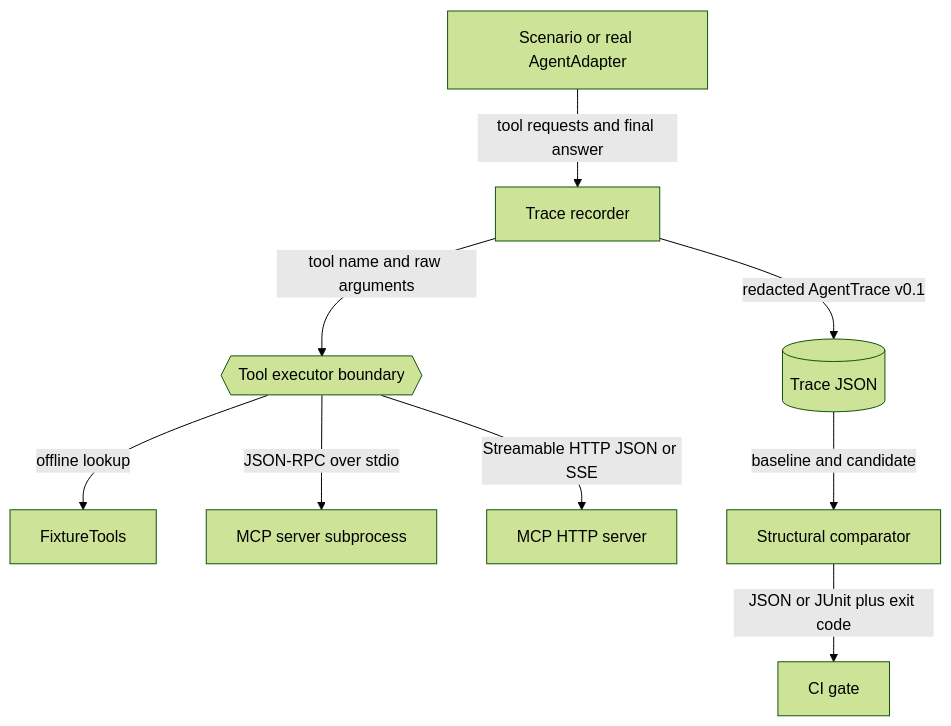
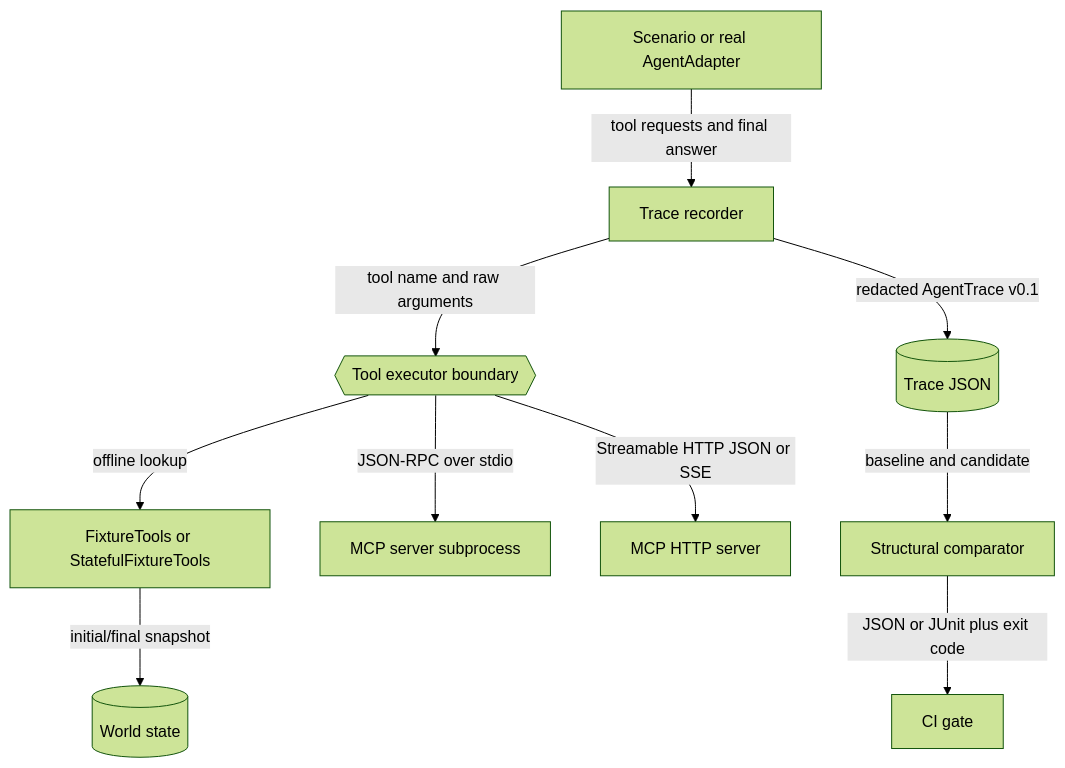
Before and after one commit to ANTAO94/agent-regression-kit: the first of 2 diagrams in docs/architecture.md, drawn with Mermaid (forest theme). The commit also changed other lines of this file and 17 other files, not shown here.

````diff
--- a/docs/architecture.md
+++ b/docs/architecture.md
@@ -5,11 +5,12 @@
 ```mermaid
 flowchart TD
     Scenario[Scenario or real AgentAdapter] -->|tool requests and final answer| Recorder[Trace recorder]
     Recorder -->|tool name and raw arguments| Executor{{Tool executor boundary}}
-    Executor -->|offline lookup| Fixture[FixtureTools]
+    Executor -->|offline lookup| Fixture[FixtureTools or StatefulFixtureTools]
+    Fixture -->|initial/final snapshot| World[(World state)]
     Executor -->|JSON-RPC over stdio| MCP[MCP server subprocess]
     Executor -->|Streamable HTTP JSON or SSE| HTTP[MCP HTTP server]
     Recorder -->|redacted AgentTrace v0.1| Trace[(Trace JSON)]
     Trace -->|baseline and candidate| Compare[Structural comparator]
     Compare -->|JSON or JUnit plus exit code| CI[CI gate]
 ```
````
